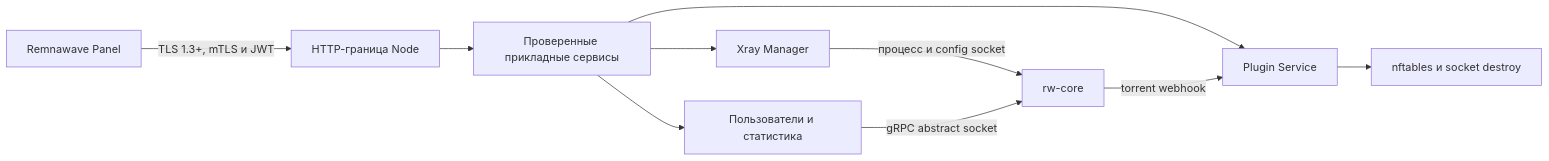
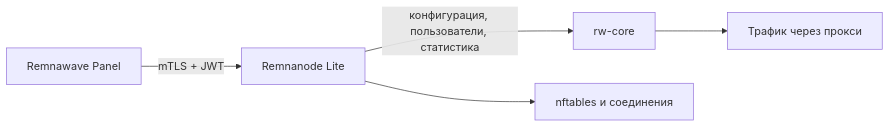
The diagram in README.ru.md (luxiaba/remnanode-lite), drawn with Mermaid before and after one commit. The commit also changed other lines of this file and 2 other files, not shown here.

````diff
--- a/README.ru.md
+++ b/README.ru.md
@@ -119,12 +154,7 @@
 ```mermaid
 flowchart LR
-    Panel["Remnawave Panel"] -->|"TLS 1.3+, mTLS и JWT"| HTTP["HTTP-граница Node"]
-    HTTP --> API["Проверенные прикладные сервисы"]
-    API --> Manager["Xray Manager"]
-    API --> Plugin["Plugin Service"]
-    API --> Stats["Пользователи и статистика"]
-    Manager -->|"процесс и config socket"| Core["rw-core"]
-    Stats -->|"gRPC abstract socket"| Core
-    Plugin --> NFT["nftables и socket destroy"]
-    Core -->|"torrent webhook"| Plugin
+    Panel["Remnawave Panel"] -->|"mTLS + JWT"| Node["Remnanode Lite"]
+    Node -->|"конфигурация, пользователи, статистика"| Core["rw-core"]
+    Node --> Rules["nftables и соединения"]
+    Core --> Traffic["Трафик через прокси"]
 ```
````
